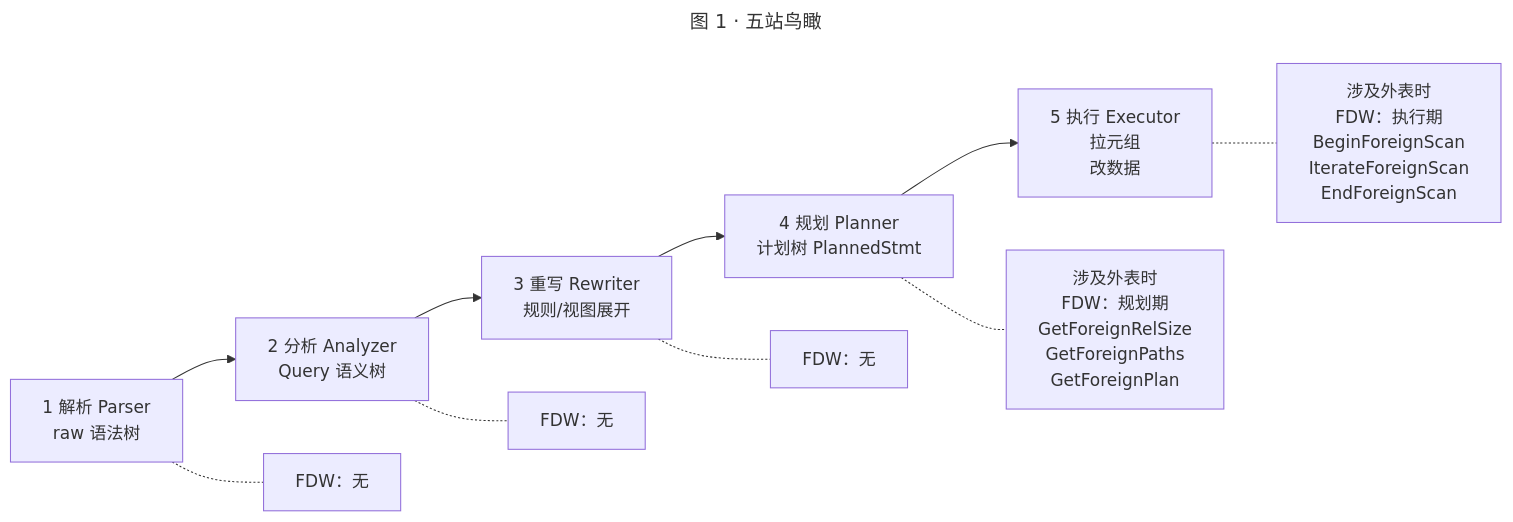
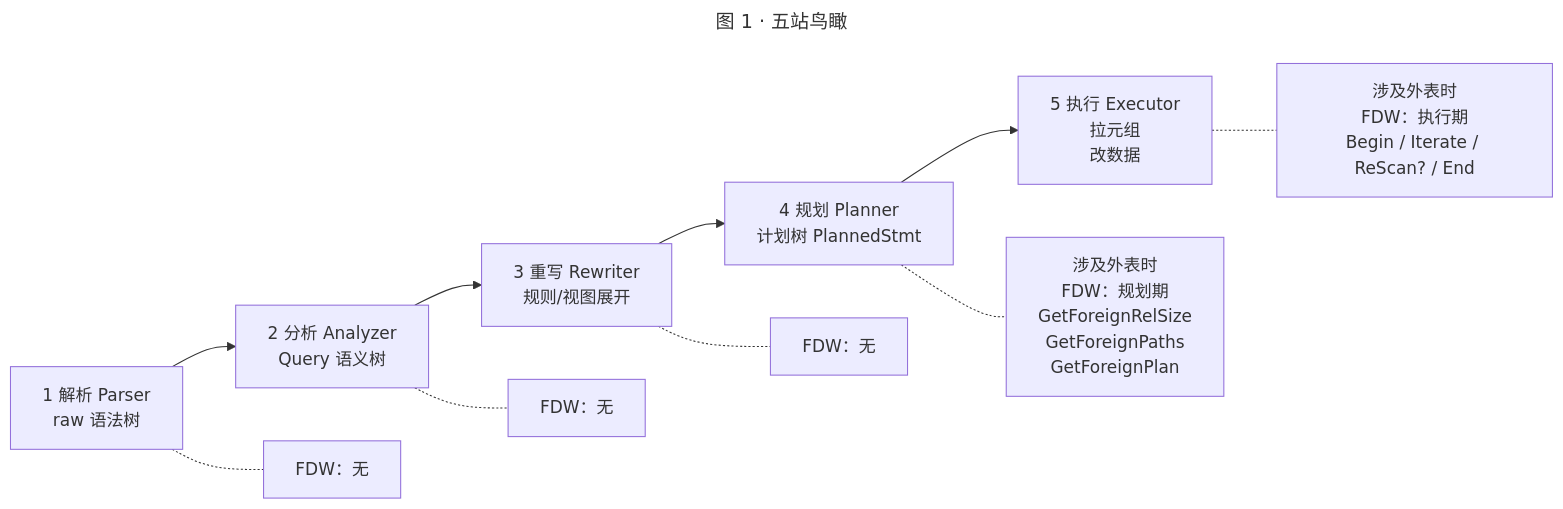
One commit to Meta11ic0/fluffynotes changed the second of 9 diagrams in database/postgres/fdw/fdw_callback_roadmap.md. Above: the diagram before and after it, drawn with Mermaid. The commit also changed other lines of this file and 10 other files, not shown here.

````diff
--- a/database/postgres/fdw/fdw_callback_roadmap.md
+++ b/database/postgres/fdw/fdw_callback_roadmap.md
@@ -61,19 +54,19 @@
 ```mermaid
 ---
 title: 图 1 · 五站鸟瞰
 ---
 flowchart LR
   P["1 解析 Parser<br/>raw 语法树"]
   A["2 分析 Analyzer<br/>Query 语义树"]
   R["3 重写 Rewriter<br/>规则/视图展开"]
   L["4 规划 Planner<br/>计划树 PlannedStmt"]
   E["5 执行 Executor<br/>拉元组<br/>改数据"]
 
   P --> A --> R --> L --> E
 
   P -.- pfdw["FDW：无"]
   A -.- afdw["FDW：无"]
   R -.- rfdw["FDW：无"]
   L -.- lfdw["涉及外表时<br/>FDW：规划期<br/>GetForeignRelSize<br/>GetForeignPaths<br/>GetForeignPlan"]
-  E -.- efdw["涉及外表时<br/>FDW：执行期<br/>BeginForeignScan<br/>IterateForeignScan<br/>EndForeignScan"]
+  E -.- efdw["涉及外表时<br/>FDW：执行期<br/>Begin / Iterate / ReScan? / End"]
 ```
````
